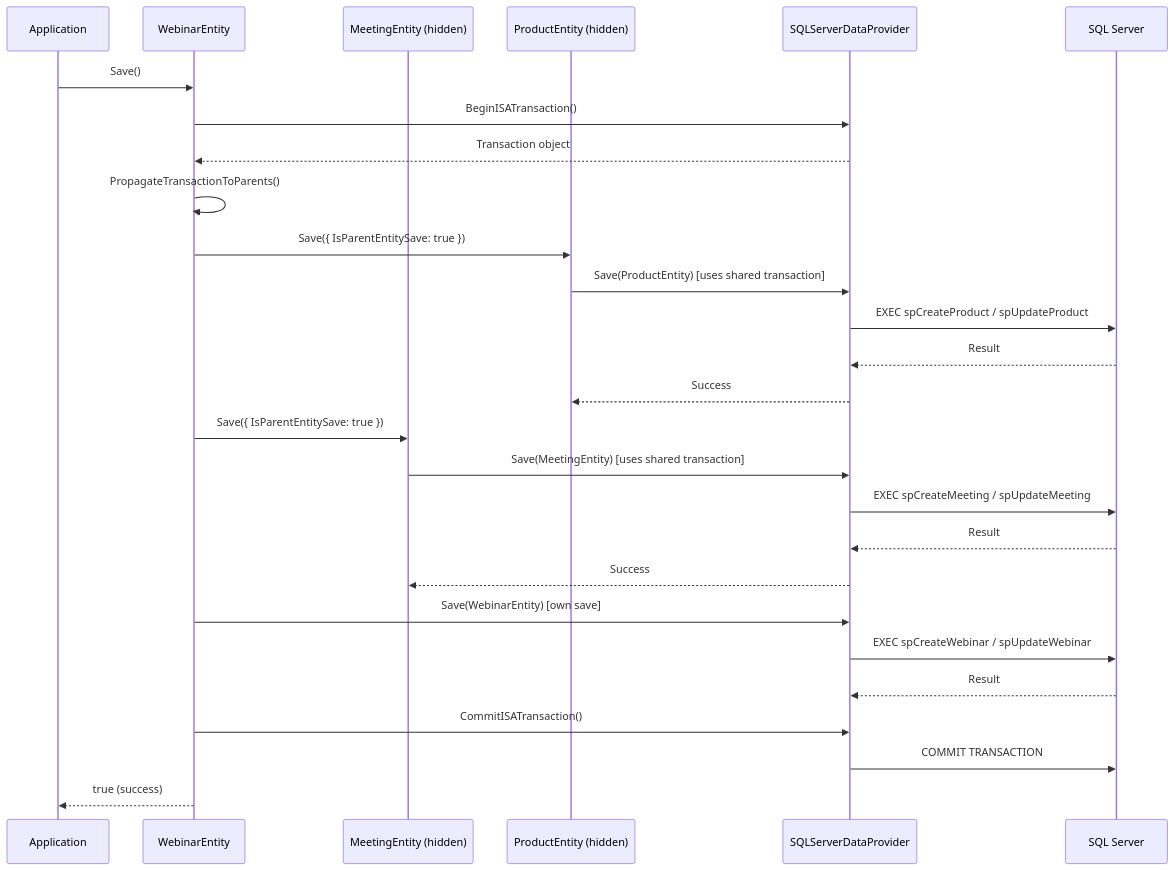
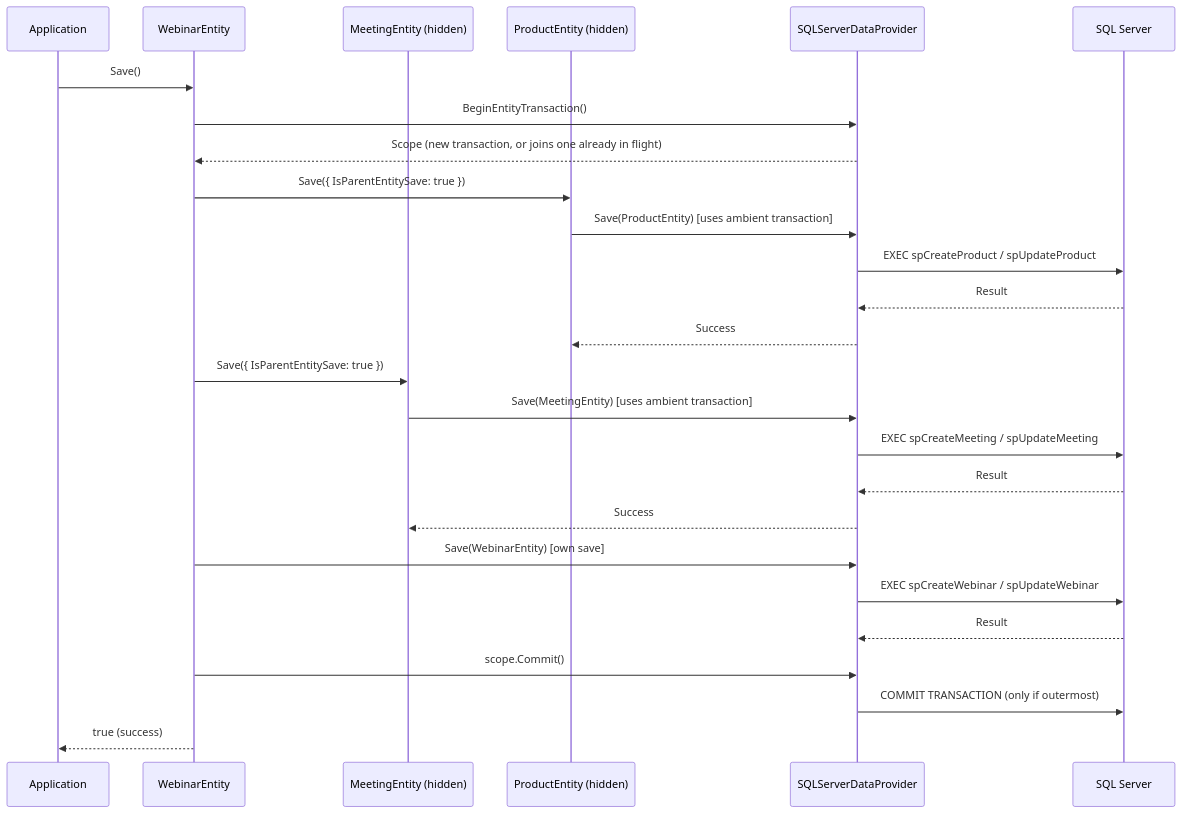
Before and after one commit to MemberJunction/MJ: the fifth of 7 diagrams in packages/MJCore/docs/isa-relationships.md, drawn with Mermaid. The commit also changed other lines of this file and 27 other files, not shown here.

````diff
--- a/packages/MJCore/docs/isa-relationships.md
+++ b/packages/MJCore/docs/isa-relationships.md
@@ -318,34 +318,33 @@
 ```mermaid
 sequenceDiagram
     participant App as Application
     participant W as WebinarEntity
     participant M as MeetingEntity (hidden)
     participant P as ProductEntity (hidden)
     participant Prov as SQLServerDataProvider
     participant DB as SQL Server
 
     App->>W: Save()
-    W->>Prov: BeginISATransaction()
-    Prov-->>W: Transaction object
-    W->>W: PropagateTransactionToParents()
+    W->>Prov: BeginEntityTransaction()
+    Prov-->>W: Scope (new transaction, or joins one already in flight)
 
     W->>P: Save({ IsParentEntitySave: true })
-    P->>Prov: Save(ProductEntity) [uses shared transaction]
+    P->>Prov: Save(ProductEntity) [uses ambient transaction]
     Prov->>DB: EXEC spCreateProduct / spUpdateProduct
     DB-->>Prov: Result
     Prov-->>P: Success
 
     W->>M: Save({ IsParentEntitySave: true })
-    M->>Prov: Save(MeetingEntity) [uses shared transaction]
+    M->>Prov: Save(MeetingEntity) [uses ambient transaction]
     Prov->>DB: EXEC spCreateMeeting / spUpdateMeeting
     DB-->>Prov: Result
     Prov-->>M: Success
 
     W->>Prov: Save(WebinarEntity) [own save]
     Prov->>DB: EXEC spCreateWebinar / spUpdateWebinar
     DB-->>Prov: Result
 
-    W->>Prov: CommitISATransaction()
-    Prov->>DB: COMMIT TRANSACTION
+    W->>Prov: scope.Commit()
+    Prov->>DB: COMMIT TRANSACTION (only if outermost)
     W-->>App: true (success)
 ```
````
